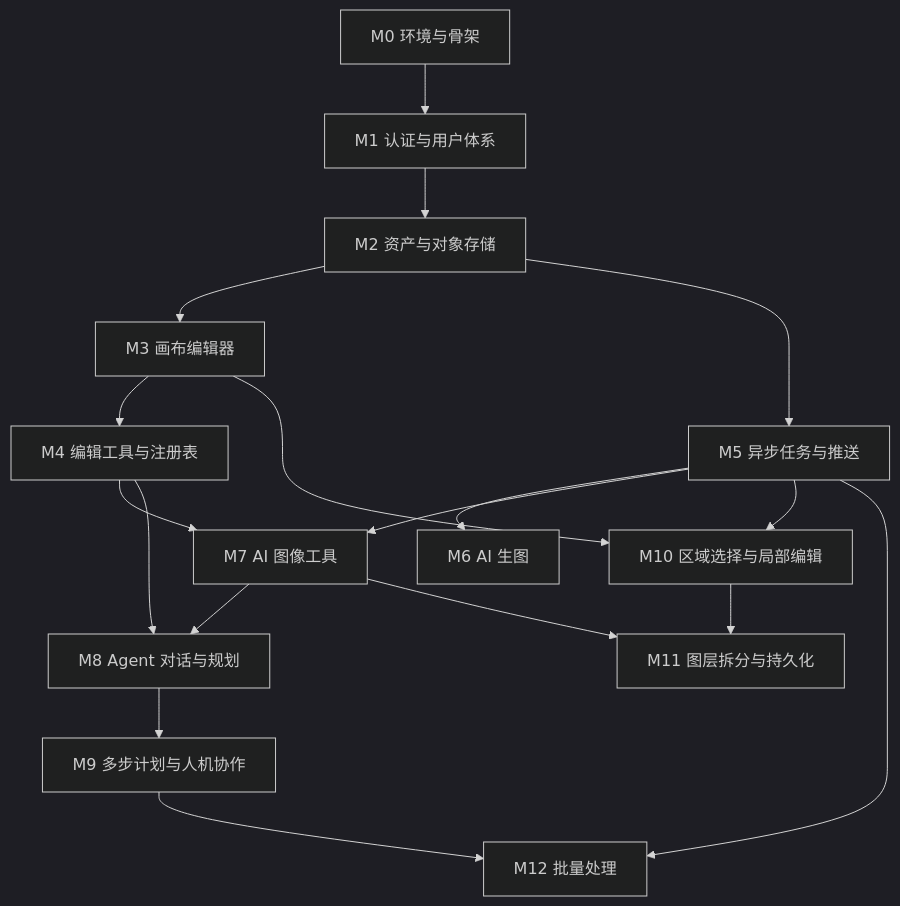
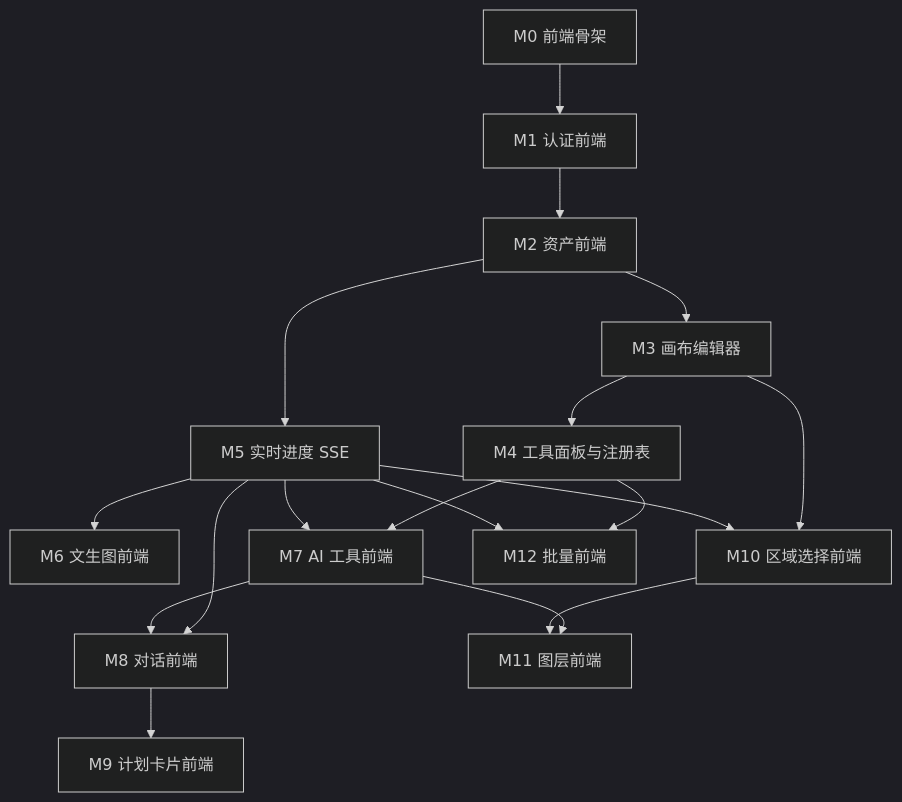
One commit to sewwzzzz/ai-picture-editor changed the diagram in ROADMAP.md. Above: the diagram before and after it, drawn with Mermaid (dark theme). The commit also changed other lines of this file and 1 other file, not shown here.

Commit message:
docs: 明确路线图为前端视角并划定源码边界

````diff
--- a/ROADMAP.md
+++ b/ROADMAP.md
@@ -47,20 +69,20 @@
 ```mermaid
 graph TD
-    M0[M0 环境与骨架] --> M1[M1 认证与用户体系]
-    M1 --> M2[M2 资产与对象存储]
+    M0[M0 前端骨架] --> M1[M1 认证前端]
+    M1 --> M2[M2 资产前端]
     M2 --> M3[M3 画布编辑器]
-    M3 --> M4[M4 编辑工具与注册表]
-    M2 --> M5[M5 异步任务与推送]
-    M5 --> M6[M6 AI 生图]
-    M4 --> M7[M7 AI 图像工具]
+    M3 --> M4[M4 工具面板与注册表]
+    M2 --> M5[M5 实时进度 SSE]
+    M5 --> M6[M6 文生图前端]
+    M4 --> M7[M7 AI 工具前端]
     M5 --> M7
-    M4 --> M8[M8 Agent 对话与规划]
+    M5 --> M8[M8 对话前端]
     M7 --> M8
-    M8 --> M9[M9 多步计划与人机协作]
-    M3 --> M10[M10 区域选择与局部编辑]
+    M8 --> M9[M9 计划卡片前端]
+    M3 --> M10[M10 区域选择前端]
     M5 --> M10
-    M7 --> M11[M11 图层拆分与持久化]
+    M7 --> M11[M11 图层前端]
     M10 --> M11
-    M5 --> M12[M12 批量处理]
-    M9 --> M12
+    M4 --> M12[M12 批量前端]
+    M5 --> M12
 ```
````
